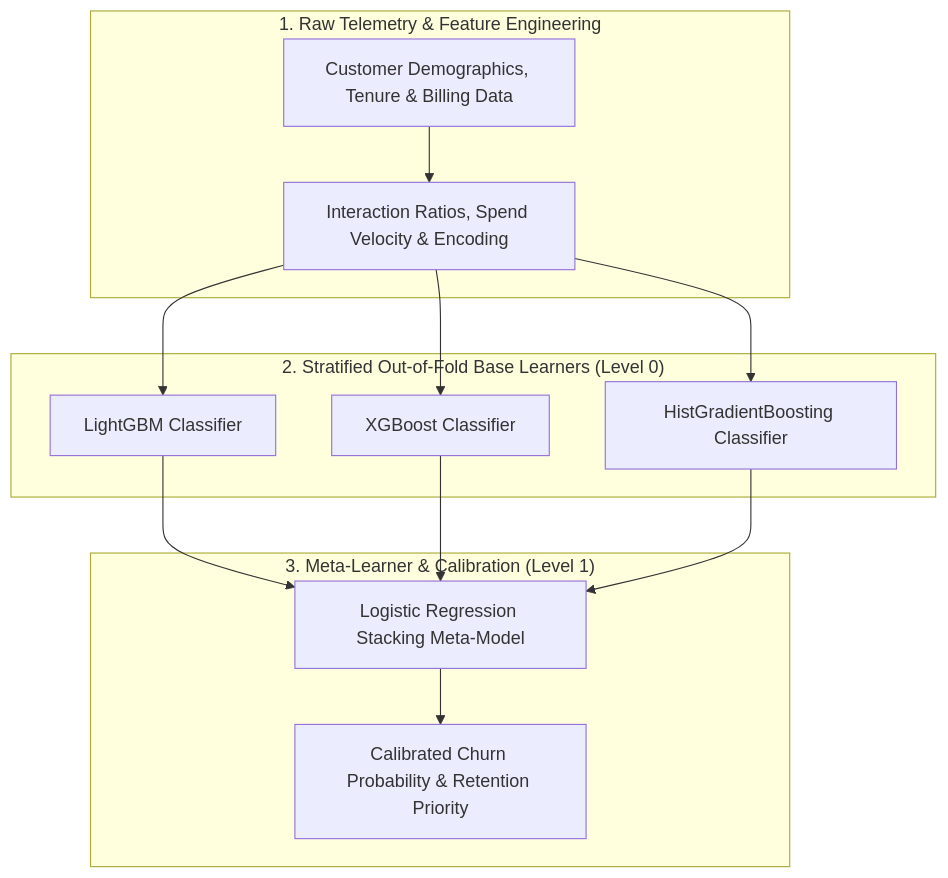
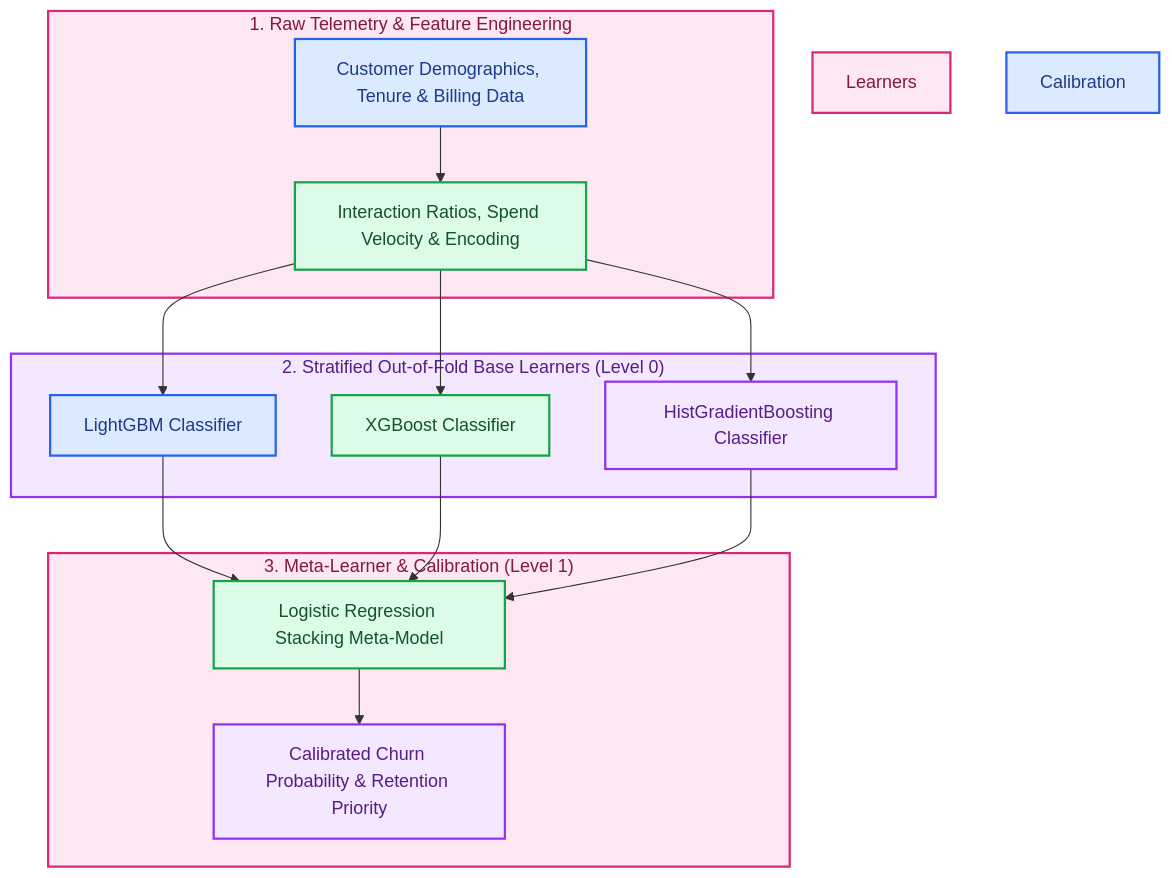
One commit to RobinaMirbahar/Predict-Customer-Churn changed the diagram in README.md. Above: the diagram before and after it, drawn with Mermaid. The commit also changed other lines of this file, not shown here.

Commit message:
docs: add 3-line Author & Companion Publication header, color-coded Mermaid diagram, and remove repetitive footer

````diff
--- a/README.md
+++ b/README.md
@@ -24,18 +24,30 @@
 ```mermaid
 flowchart TD
     subgraph Data ["1. Raw Telemetry & Feature Engineering"]
         D_Raw["Customer Demographics, Tenure & Billing Data"]
         D_FE["Interaction Ratios, Spend Velocity & Encoding"]
     end
     subgraph Base ["2. Stratified Out-of-Fold Base Learners (Level 0)"]
         M_LGB["LightGBM Classifier"]
         M_XGB["XGBoost Classifier"]
         M_HGB["HistGradientBoosting Classifier"]
     end
     subgraph Meta ["3. Meta-Learner & Calibration (Level 1)"]
         M_Meta["Logistic Regression Stacking Meta-Model"]
         M_Out["Calibrated Churn Probability & Retention Priority"]
     end
     D_Raw --> D_FE --> M_LGB & M_XGB & M_HGB
     M_LGB & M_XGB & M_HGB --> M_Meta --> M_Out
+    style Data fill:#fce7f3,stroke:#db2777,stroke-width:2px,color:#831843
+    style D_Raw fill:#dbeafe,stroke:#2563eb,stroke-width:2px,color:#1e3a8a
+    style D_FE fill:#dcfce7,stroke:#16a34a,stroke-width:2px,color:#14532d
+    style Base fill:#f3e8ff,stroke:#9333ea,stroke-width:2px,color:#581c87
+    style Learners fill:#fce7f3,stroke:#db2777,stroke-width:2px,color:#831843
+    style M_LGB fill:#dbeafe,stroke:#2563eb,stroke-width:2px,color:#1e3a8a
+    style M_XGB fill:#dcfce7,stroke:#16a34a,stroke-width:2px,color:#14532d
+    style M_HGB fill:#f3e8ff,stroke:#9333ea,stroke-width:2px,color:#581c87
+    style Meta fill:#fce7f3,stroke:#db2777,stroke-width:2px,color:#831843
+    style Calibration fill:#dbeafe,stroke:#2563eb,stroke-width:2px,color:#1e3a8a
+    style M_Meta fill:#dcfce7,stroke:#16a34a,stroke-width:2px,color:#14532d
+    style M_Out fill:#f3e8ff,stroke:#9333ea,stroke-width:2px,color:#581c87
 ```
````
